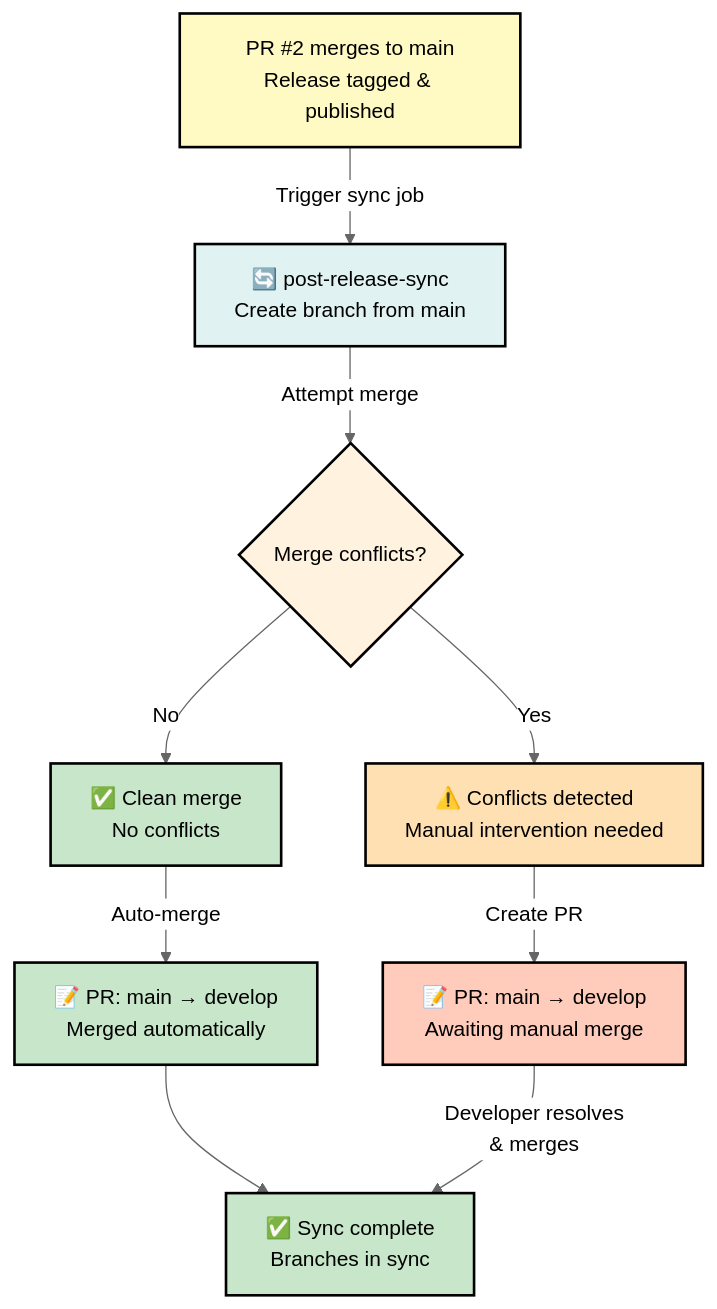
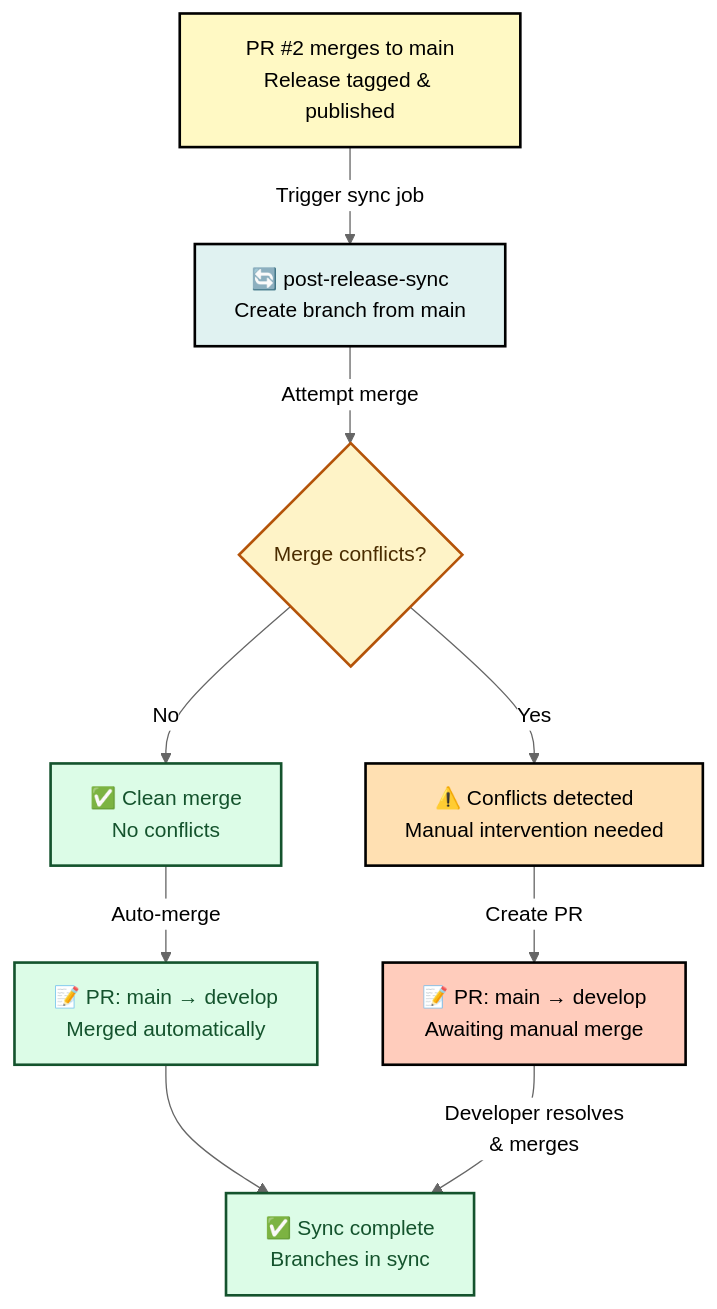
The fourth of 5 diagrams in docs/RELEASE_PROCESS.md (lightspeedwp/.github), drawn with Mermaid (neutral theme) before and after one commit. The commit also changed other lines of this file and 244 other files, not shown here.

First line of the commit message:
test(accessibility): README.md update script testing + Mermaid accessibility enhancement

````diff
--- a/docs/RELEASE_PROCESS.md
+++ b/docs/RELEASE_PROCESS.md
@@ -373,22 +378,23 @@
 ```mermaid
 flowchart TD
+%%{init: { 'accessibility': { 'diagWithoutTitle':true } }}%%
     accTitle: Post-release sync flow
     accDescr: Automatic merge of main into develop after release, handling conflicts with manual PR if needed
     A["PR #2 merges to main<br/>Release tagged & published"] -->|Trigger sync job| B["🔄 post-release-sync<br/>Create branch from main"]
     B -->|Attempt merge| C{Merge conflicts?}
     C -->|No| D["✅ Clean merge<br/>No conflicts"]
     C -->|Yes| E["⚠️ Conflicts detected<br/>Manual intervention needed"]
     D -->|Auto-merge| F["📝 PR: main → develop<br/>Merged automatically"]
     F --> G["✅ Sync complete<br/>Branches in sync"]
     E -->|Create PR| H["📝 PR: main → develop<br/>Awaiting manual merge"]
     H -->|Developer resolves<br/>& merges| G
     
     style A fill:#fff9c4,color:#000,stroke:#000,stroke-width:2px
     style B fill:#e0f2f1,color:#000,stroke:#000,stroke-width:2px
-    style C fill:#fff3e0,color:#000,stroke:#000,stroke-width:2px
-    style D fill:#c8e6c9,color:#000,stroke:#000,stroke-width:2px
+    style C fill:#fef3c7,color:#4a2c00,stroke:#b45309,stroke-width:2px
+    style D fill:#dcfce7,color:#14532d,stroke:#14532d,stroke-width:2px
     style E fill:#ffe0b2,color:#000,stroke:#000,stroke-width:2px
-    style F fill:#c8e6c9,color:#000,stroke:#000,stroke-width:2px
-    style G fill:#c8e6c9,color:#000,stroke:#000,stroke-width:2px
+    style F fill:#dcfce7,color:#14532d,stroke:#14532d,stroke-width:2px
+    style G fill:#dcfce7,color:#14532d,stroke:#14532d,stroke-width:2px
     style H fill:#ffccbc,color:#000,stroke:#000,stroke-width:2px
 ```
````
